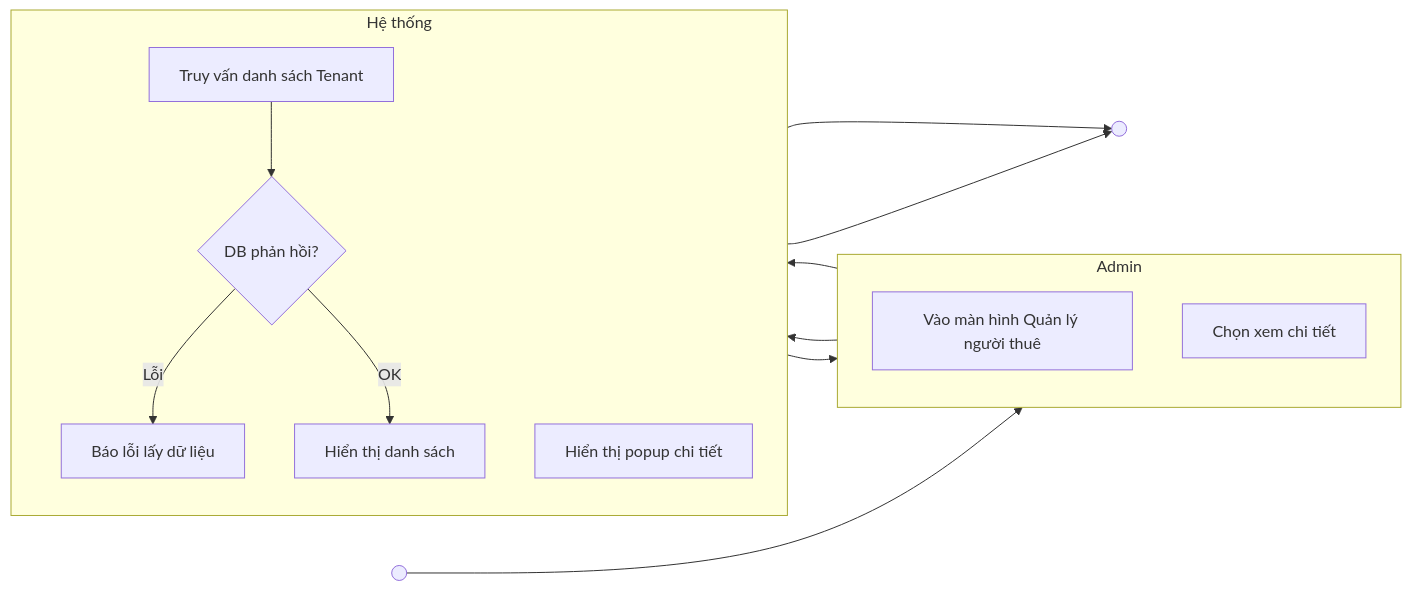
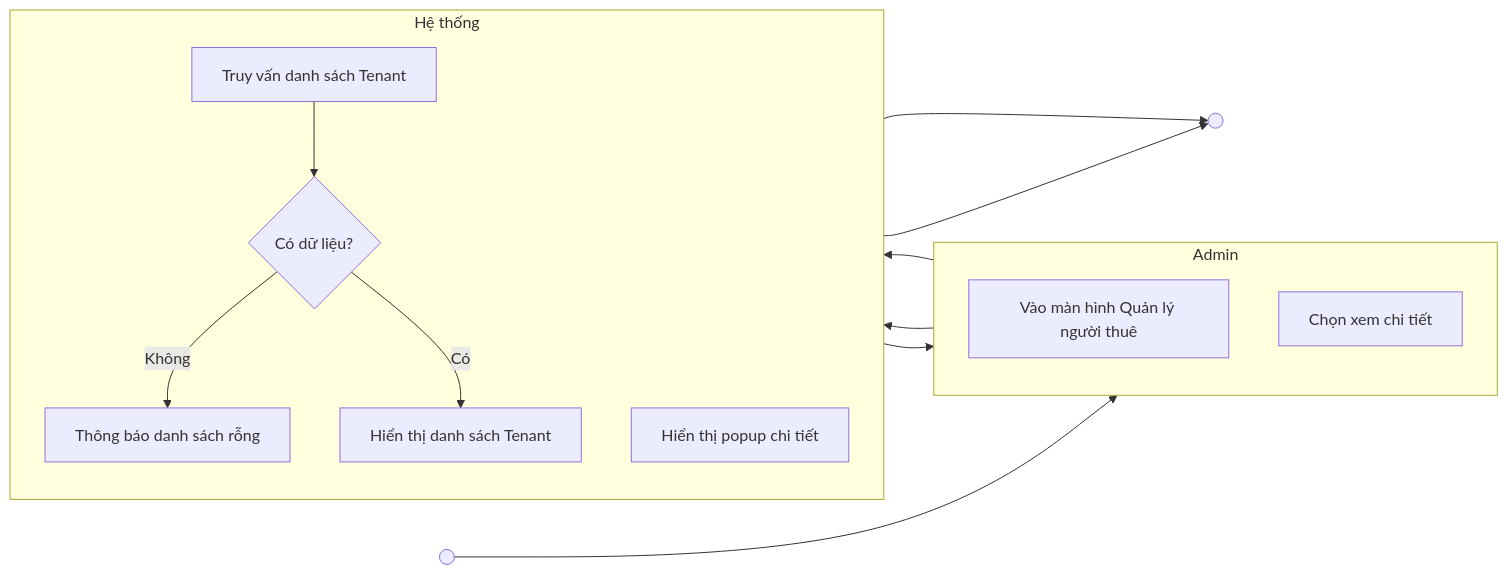
One commit to ngogiaquyen/acw-srs changed the second of 18 diagrams in documents/activity-diagrams.md. Above: the diagram before and after it, drawn with Mermaid. The commit also changed other lines of this file and 23 other files, not shown here.

````diff
--- a/documents/activity-diagrams.md
+++ b/documents/activity-diagrams.md
@@ -35,19 +35,19 @@
 ```mermaid
 flowchart LR
   subgraph ND["Admin"]
     direction TB
-    a1[Vào màn hình Quản lý người thuê]
-    a2[Chọn xem chi tiết]
+    a1["Vào màn hình Quản lý người thuê"]
+    a2["Chọn xem chi tiết"]
   end
   subgraph HT["Hệ thống"]
     direction TB
-    b1[Truy vấn danh sách Tenant]
-    b2{DB phản hồi?}
-    b3[Báo lỗi lấy dữ liệu]
-    b4[Hiển thị danh sách]
-    b5[Hiển thị popup chi tiết]
+    b1["Truy vấn danh sách Tenant"]
+    b2{"Có dữ liệu?"}
+    b3["Hiển thị danh sách Tenant"]
+    b4["Thông báo danh sách rỗng"]
+    b5["Hiển thị popup chi tiết"]
   end
   S(( )) --> a1 --> b1 --> b2
-  b2 -->|Lỗi| b3 --> E(( ))
-  b2 -->|OK| b4 --> a2 --> b5 --> E
+  b2 -->|"Không"| b4 --> E(( ))
+  b2 -->|"Có"| b3 --> a2 --> b5 --> E
 ```
````
